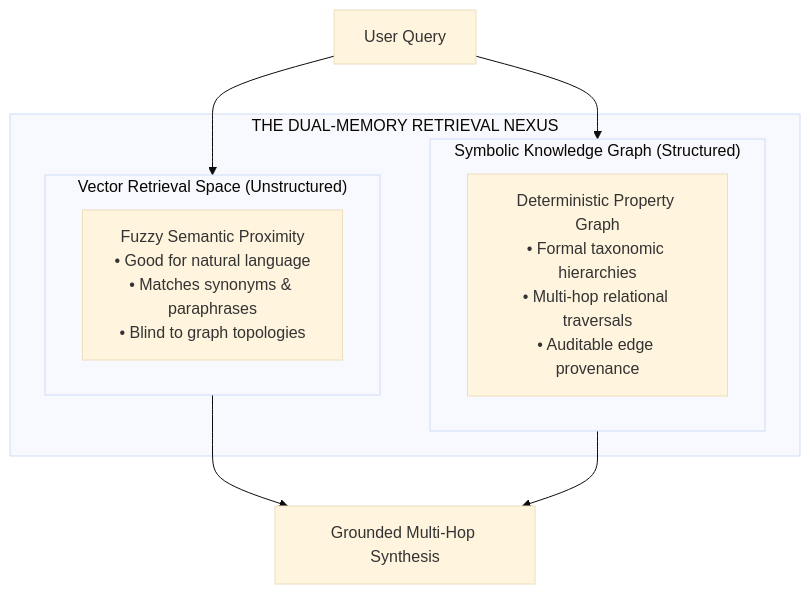
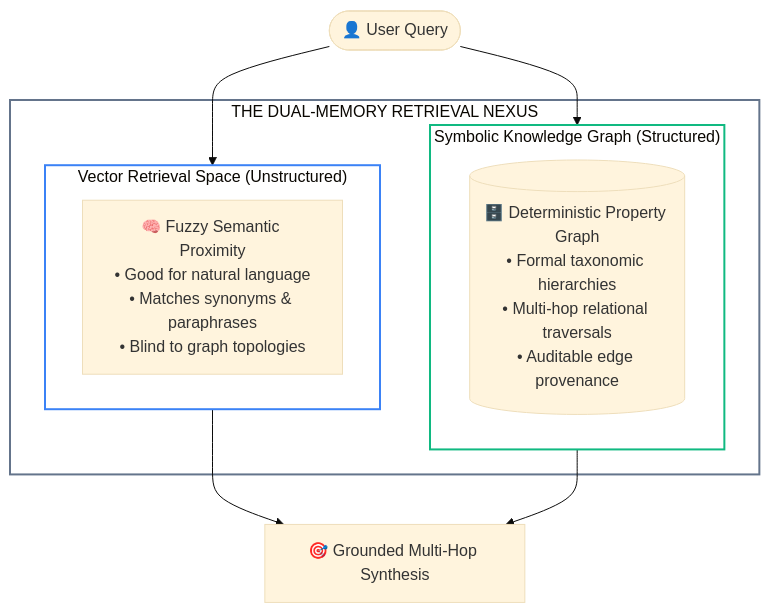
One commit to dip4k/senior-engineer-to-ai-engineer-roadmap changed the first of 4 diagrams in 02-rag-and-knowledge-systems/06-graphrag-and-entity-traversal.md. Above: the diagram before and after it, drawn with Mermaid (base theme). The commit also changed other lines of this file and 39 other files, not shown here.

First line of the commit message:
feat(curriculum): upgrade mermaid diagrams with unicode icons & codify anti-bloat layout rules

````diff
--- a/02-rag-and-knowledge-systems/06-graphrag-and-entity-traversal.md
+++ b/02-rag-and-knowledge-systems/06-graphrag-and-entity-traversal.md
@@ -46,17 +46,20 @@
 ```mermaid
 flowchart TD
     subgraph Nexus["THE DUAL-MEMORY RETRIEVAL NEXUS"]
         subgraph VectorMemory["Vector Retrieval Space (Unstructured)"]
-            V["Fuzzy Semantic Proximity<br>• Good for natural language<br>• Matches synonyms & paraphrases<br>• Blind to graph topologies"]
+            V["🧠 Fuzzy Semantic Proximity<br>• Good for natural language<br>• Matches synonyms & paraphrases<br>• Blind to graph topologies"]
         end
 
         subgraph GraphMemory["Symbolic Knowledge Graph (Structured)"]
-            G["Deterministic Property Graph<br>• Formal taxonomic hierarchies<br>• Multi-hop relational traversals<br>• Auditable edge provenance"]
+            G[("🗄️ Deterministic Property Graph<br>• Formal taxonomic hierarchies<br>• Multi-hop relational traversals<br>• Auditable edge provenance")]
         end
     end
 
-    Query["User Query"] --> VectorMemory
+    Query(["👤 User Query"]) --> VectorMemory
     Query --> GraphMemory
-    VectorMemory --> Synthesis["Grounded Multi-Hop Synthesis"]
+    VectorMemory --> Synthesis["🎯 Grounded Multi-Hop Synthesis"]
     GraphMemory --> Synthesis
+    style Nexus fill:none,stroke:#64748b,stroke-width:2px;
+    style VectorMemory fill:none,stroke:#3b82f6,stroke-width:2px;
+    style GraphMemory fill:none,stroke:#10b981,stroke-width:2px;
 ```
````
